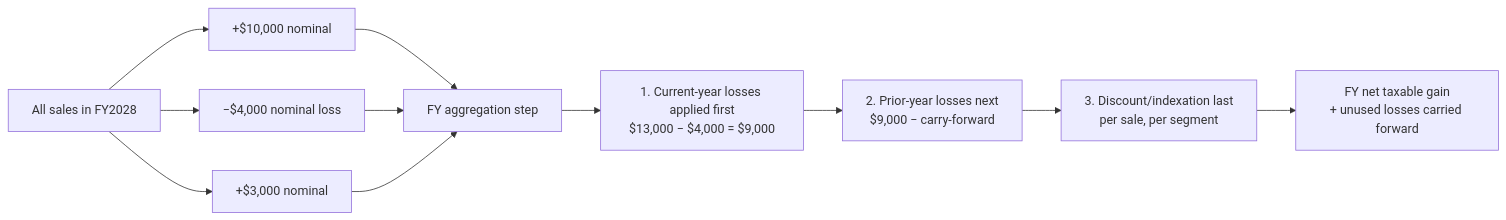
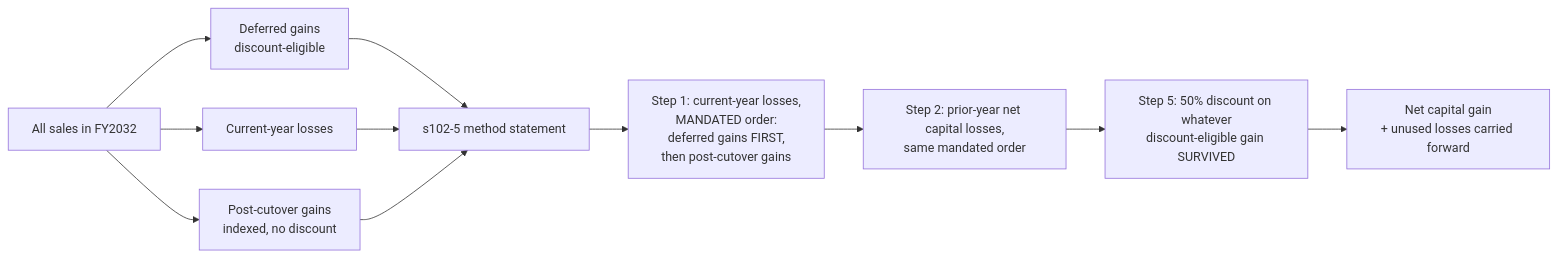
The tenth of 10 diagrams in docs/2027_capital_gains_tax_changes_are_really_complex.md (pretoriusdre/share-dinkum), drawn with Mermaid before and after one commit. The commit also changed other lines of this file and 1 other file, not shown here.

````diff
--- a/docs/2027_capital_gains_tax_changes_are_really_complex.md
+++ b/docs/2027_capital_gains_tax_changes_are_really_complex.md
@@ -215,14 +307,14 @@
 ```mermaid
 flowchart LR
-    Sells[All sales in FY2028] --> G1[+$10,000 nominal]
-    Sells --> G2[&minus;$4,000 nominal loss]
-    Sells --> G3[+$3,000 nominal]
+    Sells[All sales in FY2032] --> G1[Deferred gains<br/>discount-eligible]
+    Sells --> G2[Current-year losses]
+    Sells --> G3[Post-cutover gains<br/>indexed, no discount]
     G1 --> AGG
     G2 --> AGG
     G3 --> AGG
-    AGG[FY aggregation step]
-    AGG --> S1[1. Current-year losses applied first<br/>$13,000 &minus; $4,000 = $9,000]
-    S1 --> S2[2. Prior-year losses next<br/>$9,000 &minus; carry-forward]
-    S2 --> S3[3. Discount/indexation last<br/>per sale, per segment]
-    S3 --> NET[FY net taxable gain<br/>+ unused losses carried forward]
+    AGG[s102-5 method statement]
+    AGG --> S1["Step 1: current-year losses,<br/>MANDATED order:<br/>deferred gains FIRST,<br/>then post-cutover gains"]
+    S1 --> S2[Step 2: prior-year net capital losses,<br/>same mandated order]
+    S2 --> S5[Step 5: 50% discount on whatever<br/>discount-eligible gain SURVIVED]
+    S5 --> NET[Net capital gain<br/>+ unused losses carried forward]
 ```
````
